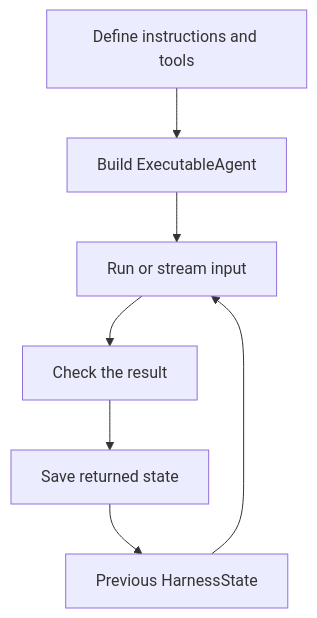
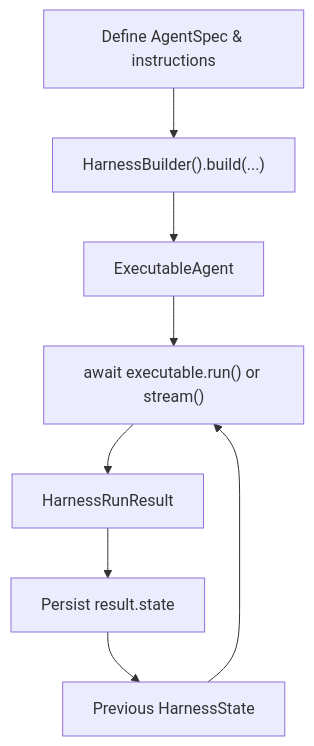
The diagram in docs/a13n-harness/index.md (converge-ai-labs/agent-foundation), drawn with Mermaid before and after one commit. The commit also changed other lines of this file and 39 other files, not shown here.

````diff
--- a/docs/a13n-harness/index.md
+++ b/docs/a13n-harness/index.md
@@ -24,13 +24,14 @@
 ```mermaid
 flowchart TB
-    Spec["Define instructions and tools"] --> Build["Build ExecutableAgent"]
-    Build --> Run["Run or stream input"]
+    Spec["Define AgentSpec & instructions"] --> Build["HarnessBuilder().build(...)"]
+    Build --> Exec["ExecutableAgent"]
+    Exec --> Run["await executable.run() or stream()"]
     State["Previous HarnessState"] --> Run
-    Run --> Result["Check the result"]
-    Result --> Save["Save returned state"]
-    Save --> State
+    Run --> Result["HarnessRunResult"]
+    Result --> Extract["Persist result.state"]
+    Extract --> State
 
-    class Spec,Build,Run a13n
-    class State,Save store
+    class Spec,Build,Exec,Run a13n
+    class State,Extract store
     class Result success
 ```
````
